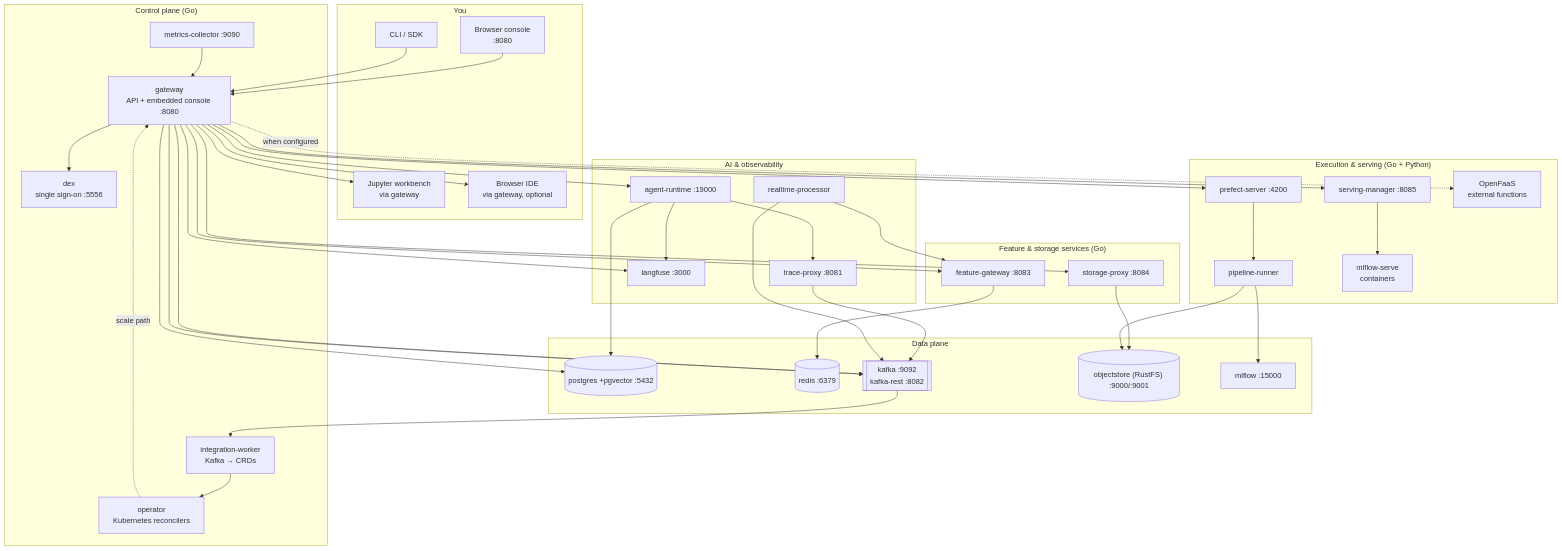
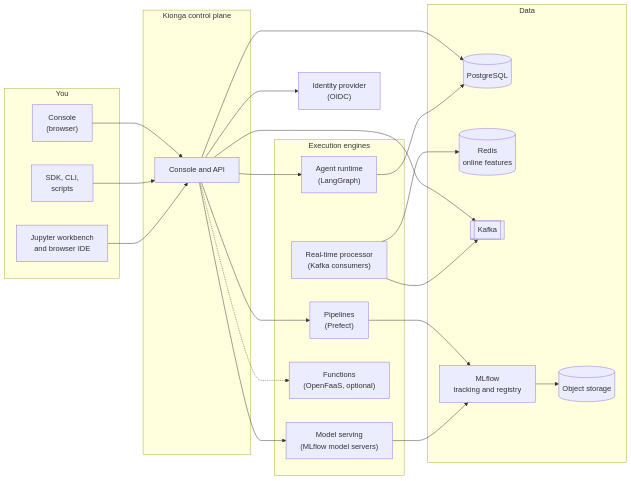
Before and after one commit to kiongahq/docs: the diagram in docs/concepts/how-it-works.md, drawn with Mermaid. The commit also changed other lines of this file and 4 other files, not shown here.

````diff
--- a/docs/concepts/how-it-works.md
+++ b/docs/concepts/how-it-works.md
@@ -10,68 +16,47 @@
 ```mermaid
-flowchart TB
-    subgraph you["You"]
-        browser["Browser console<br/>:8080"]
-        nb["Jupyter workbench<br/>via gateway"]
-        ide["Browser IDE<br/>via gateway, optional"]
-        cli["CLI / SDK"]
+flowchart LR
+    subgraph clients["You"]
+        console["Console<br/>(browser)"]
+        code["SDK, CLI,<br/>scripts"]
+        ws["Jupyter workbench<br/>and browser IDE"]
     end
 
-    subgraph control["Control plane (Go)"]
-        gw["gateway<br/>API + embedded console :8080"]
-        dex["dex<br/>single sign-on :5556"]
-        op["operator<br/>Kubernetes reconcilers"]
-        mc["metrics-collector :9090"]
-        iw["integration-worker<br/>Kafka → CRDs"]
+    subgraph kionga["Kionga control plane"]
+        api["Console and API"]
     end
 
-    subgraph exec["Execution & serving (Go + Python)"]
-        prefect["prefect-server :4200"]
-        runner["pipeline-runner"]
-        sm["serving-manager :8085"]
-        serve["mlflow-serve<br/>containers"]
-        fn["OpenFaaS<br/>external functions"]
+    subgraph engines["Execution engines"]
+        prefect["Pipelines<br/>(Prefect)"]
+        serving["Model serving<br/>(MLflow model servers)"]
+        agents["Agent runtime<br/>(LangGraph)"]
+        functions["Functions<br/>(OpenFaaS, optional)"]
+        stream["Real-time processor<br/>(Kafka consumers)"]
     end
 
-    subgraph ai["AI & observability"]
-        ar["agent-runtime :19000"]
-        tp["trace-proxy :8081"]
-        lf["langfuse :3000"]
-        rt["realtime-processor"]
+    subgraph data["Data"]
+        pg[("PostgreSQL")]
+        obj[("Object storage")]
+        redis[("Redis<br/>online features")]
+        kafka[["Kafka"]]
+        mlflow["MLflow<br/>tracking and registry"]
     end
 
-    subgraph dataplane["Data plane"]
-        pg[("postgres +pgvector :5432")]
-        redis[("redis :6379")]
-        kafka[["kafka :9092<br/>kafka-rest :8082"]]
-        objectstore[("objectstore (RustFS) :9000/:9001")]
-        mlflow["mlflow :15000"]
-    end
+    idp["Identity provider<br/>(OIDC)"]
 
-    subgraph edge["Feature & storage services (Go)"]
-        fg["feature-gateway :8083"]
-        sp["storage-proxy :8084"]
-    end
-
-    browser --> gw
-    gw --> dex
-    gw --> nb
-    gw --> ide
-    cli --> gw
-    gw --> prefect --> runner --> mlflow
-    gw --> sm --> serve
-    gw -. when configured .-> fn
-    gw --> ar --> tp --> kafka
-    gw --> sp --> objectstore
-    gw --> fg --> redis
-    gw --> lf
-    runner --> objectstore
-    ar --> pg
-    ar --> lf
-    rt --> kafka
-    rt --> fg
-    mc --> gw
-    gw --> pg
-    gw --> kafka
-    gw --> kafka --> iw --> op
-    op -. scale path .-> gw
+    console --> api
+    code --> api
+    ws --> api
+    api --> idp
+    api --> prefect
+    api --> serving
+    api --> agents
+    api -.-> functions
+    api --> pg
+    api --> kafka
+    prefect --> mlflow
+    serving --> mlflow
+    agents --> pg
+    stream --> kafka
+    stream --> redis
+    mlflow --> obj
 ```
````
